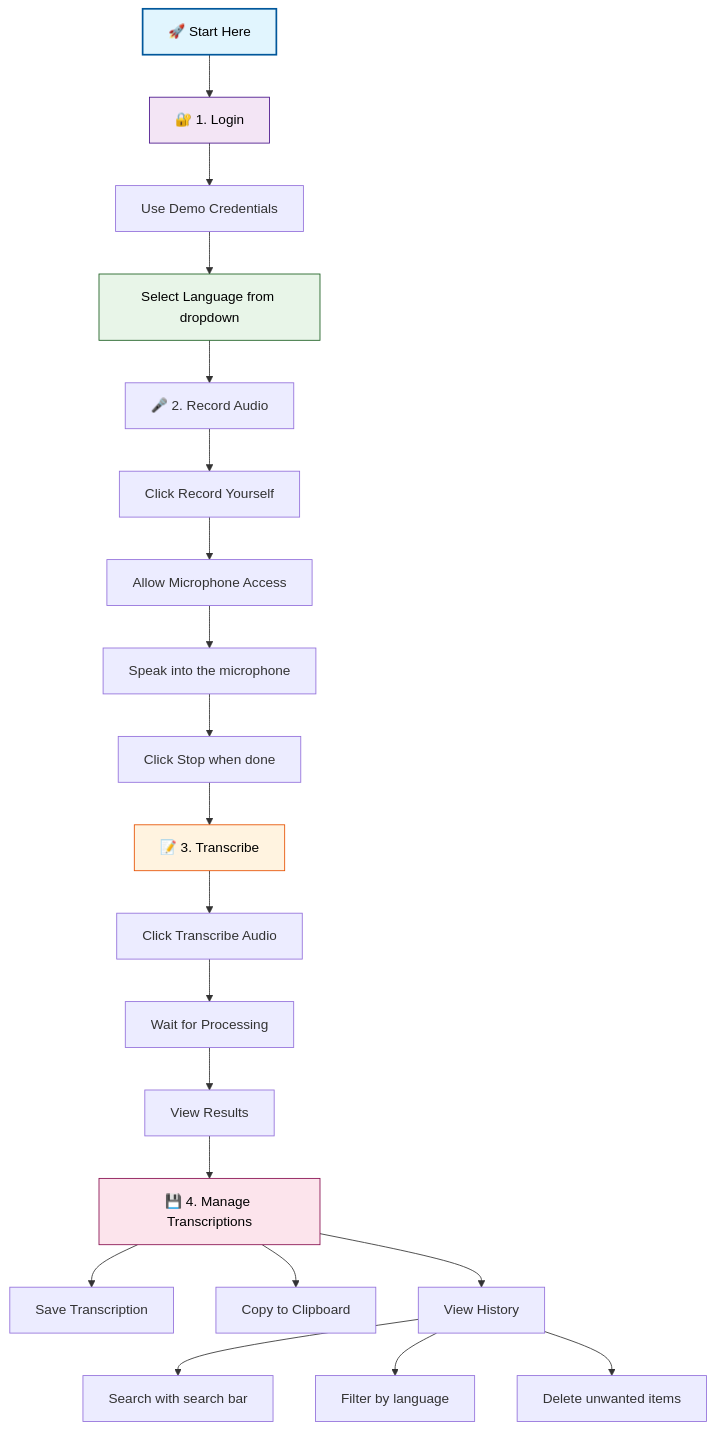
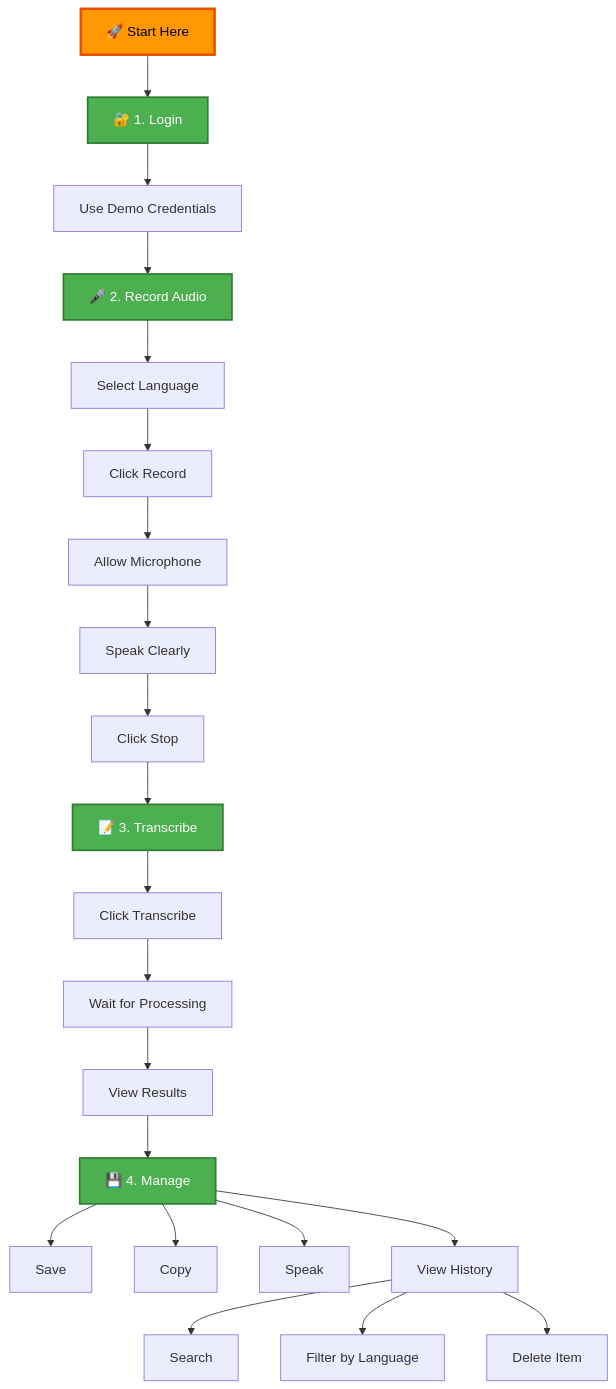
The diagram in README.md (LexMainye/Kasuku-Transcriber), drawn with Mermaid before and after one commit. The commit also changed other lines of this file, not shown here.

Commit message:
Updated the flowchart in the readme file

````diff
--- a/README.md
+++ b/README.md
@@ -30,36 +27,37 @@
 ```mermaid
 flowchart TD
-    A[🚀 Start Here] --> B[🔐 1. Login]
+   A[🚀 Start Here] --> B[🔐 1. Login]
     
-    B --> C[Use Demo Credentials]
-    
-    C --> D[Select Language from dropdown]
-    
-    D --> E[🎤 2. Record Audio]
-    E --> F[Click Record Yourself]
-    F --> G[Allow Microphone Access]
-    G --> H[Speak into the microphone]
-    H --> I[Click Stop when done]
-    
-    I --> J[📝 3. Transcribe]
-    
-    J --> K[Click Transcribe Audio]
-    K --> L[Wait for Processing]
-    L --> M[View Results]
-    
-    M --> N[💾 4. Manage Transcriptions]
-    
-    N --> O[Save Transcription]
-    N --> P[Copy to Clipboard]
-    N --> Q[View History]
-    
-    Q --> R[Search with search bar]
-    Q --> S[Filter by language]
-    Q --> T[Delete unwanted items]
-    
-    style A fill:#e1f5fe,color:#000,stroke:#01579b,stroke-width:2px
-    style B fill:#f3e5f5,color:#000,stroke:#4a148c
-    style D fill:#e8f5e8,color:#000,stroke:#1b5e20
-    style J fill:#fff3e0,color:#000,stroke:#e65100
-    style N fill:#fce4ec,color:#000,stroke:#880e4f
+   B --> C[Use Demo Credentials]
+
+   C --> D[🎤 2. Record Audio]
+
+   D --> E[Select Language]
+   E --> F[Click Record]
+   F --> G[Allow Microphone]
+   G --> H[Speak Clearly]
+   H --> I[Click Stop]
+
+   I --> J[📝 3. Transcribe]
+
+   J --> K[Click Transcribe]
+   K --> L[Wait for Processing]
+   L --> M[View Results]
+
+   M --> N[💾 4. Manage]
+
+   N --> O[Save]
+   N --> P[Copy]
+   N --> Q[Speak]
+   N --> R[View History]
+
+   R --> S[Search]
+   R --> T[Filter by Language]
+   R --> U[Delete Item]
+
+   style A fill:#ff9800,color:#000,stroke:#e65100,stroke-width:3px
+   style B fill:#4caf50,color:#fff,stroke:#2e7d32,stroke-width:2px
+   style D fill:#4caf50,color:#fff,stroke:#2e7d32,stroke-width:2px
+   style J fill:#4caf50,color:#fff,stroke:#2e7d32,stroke-width:2px
+   style N fill:#4caf50,color:#fff,stroke:#2e7d32,stroke-width:2px
 ```
````
